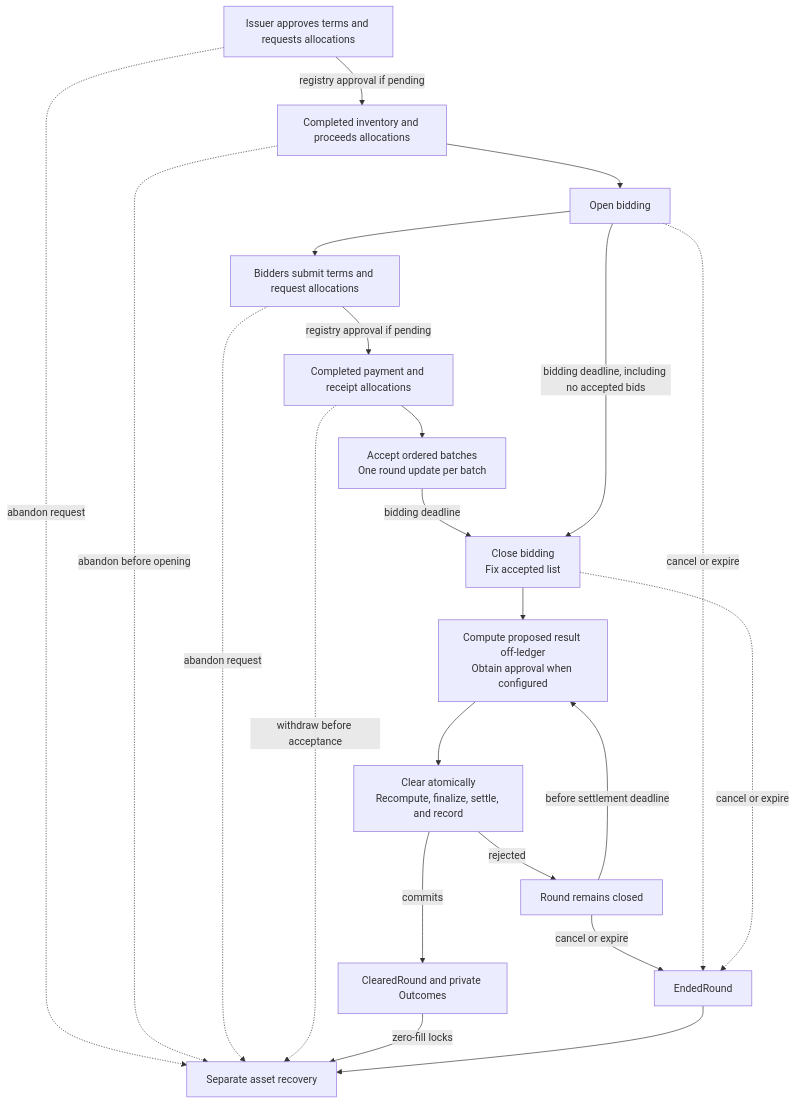
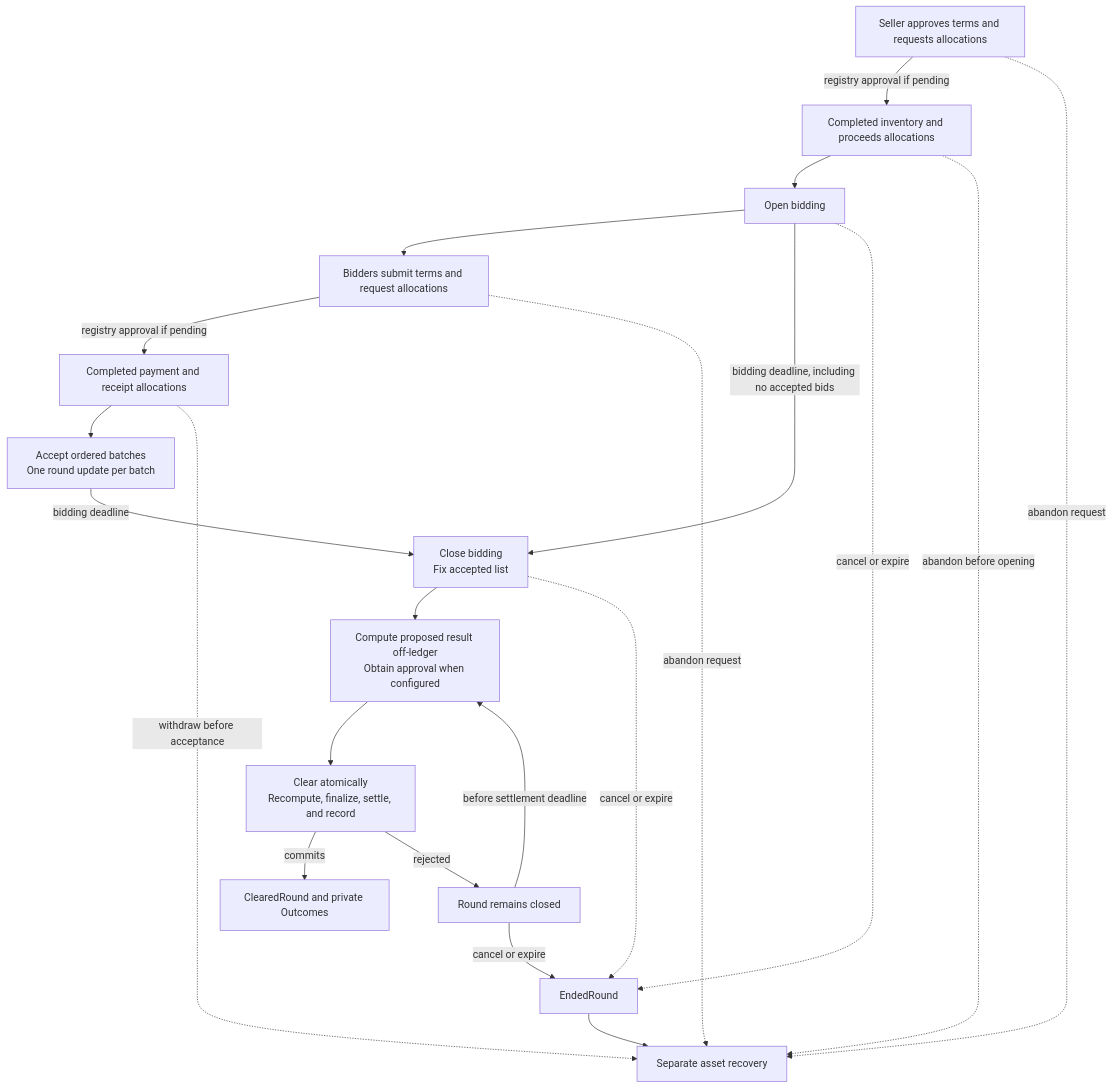
One commit to OpenZeppelin/canton-specs changed the diagram in docs/reference-architectures/confidential-auction.md. Above: the diagram before and after it, drawn with Mermaid. The commit also changed other lines of this file, not shown here.

````diff
--- a/docs/reference-architectures/confidential-auction.md
+++ b/docs/reference-architectures/confidential-auction.md
@@ -247,24 +250,23 @@
 ```mermaid
 flowchart TB
-    PrepareRound["Issuer approves terms and requests allocations"] -->|"registry approval if pending"| RoundReady["Completed inventory and proceeds allocations"]
+    PrepareRound["Seller approves terms and requests allocations"] -->|"registry approval if pending"| RoundReady["Completed inventory and proceeds allocations"]
     RoundReady --> Open["Open bidding"]
     Open --> PrepareBid["Bidders submit terms and request allocations"]
     PrepareBid -->|"registry approval if pending"| Ready["Completed payment and receipt allocations"]
     Ready --> Accept["Accept ordered batches<br/>One round update per batch"]
     Accept -->|"bidding deadline"| Close["Close bidding<br/>Fix accepted list"]
     Open -->|"bidding deadline, including no accepted bids"| Close
     Close --> Propose["Compute proposed result off-ledger<br/>Obtain approval when configured"]
     Propose --> Clear["Clear atomically<br/>Recompute, finalize, settle, and record"]
     Clear -->|"commits"| Done["ClearedRound and private Outcomes"]
     Clear -->|"rejected"| Retry["Round remains closed"]
     Retry -->|"before settlement deadline"| Propose
     Retry -->|"cancel or expire"| End["EndedRound"]
     Open -.->|"cancel or expire"| End
     Close -.->|"cancel or expire"| End
     PrepareRound -.->|"abandon request"| Recover["Separate asset recovery"]
     RoundReady -.->|"abandon before opening"| Recover
     PrepareBid -.->|"abandon request"| Recover
     Ready -.->|"withdraw before acceptance"| Recover
-    Done -->|"zero-fill locks"| Recover
     End --> Recover
 ```
````
